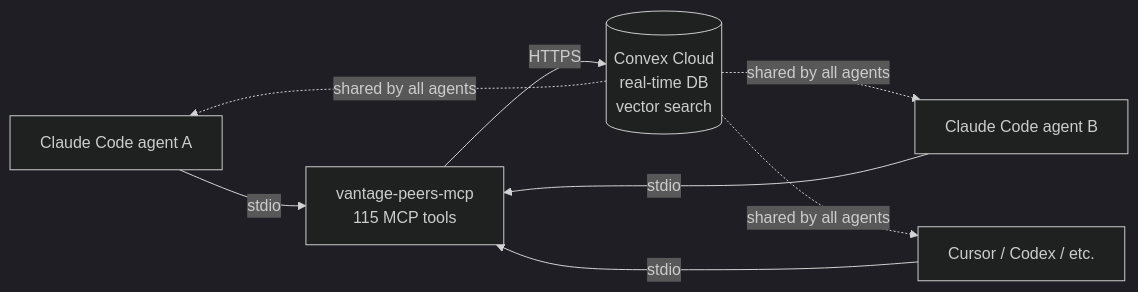
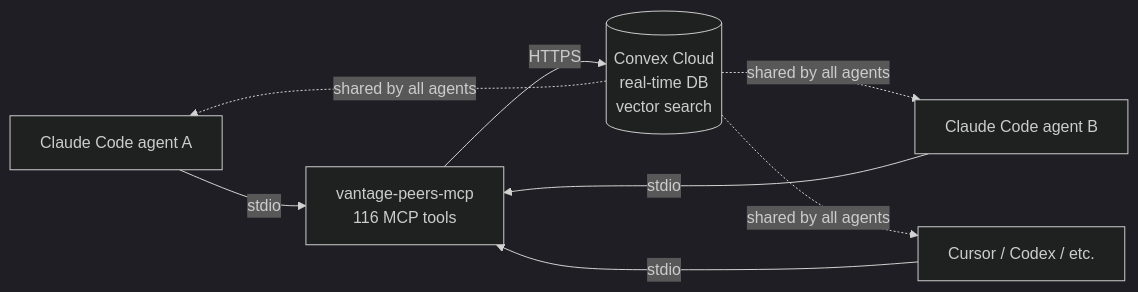
The diagram in README.md (vantageos-agency/vantage-peers), drawn with Mermaid (dark theme) before and after one commit. The commit also changed other lines of this file and 1 other file, not shown here.

````diff
--- a/README.md
+++ b/README.md
@@ -49,11 +49,11 @@
 ```mermaid
 flowchart LR
     A1[Claude Code agent A] -->|stdio| MCP
     A2[Claude Code agent B] -->|stdio| MCP
     A3[Cursor / Codex / etc.] -->|stdio| MCP
-    MCP[vantage-peers-mcp<br/>115 MCP tools] -->|HTTPS| Convex
+    MCP[vantage-peers-mcp<br/>116 MCP tools] -->|HTTPS| Convex
     Convex[(Convex Cloud<br/>real-time DB<br/>vector search)]
     Convex -.shared by all agents.-> A1
     Convex -.shared by all agents.-> A2
     Convex -.shared by all agents.-> A3
 ```
````
